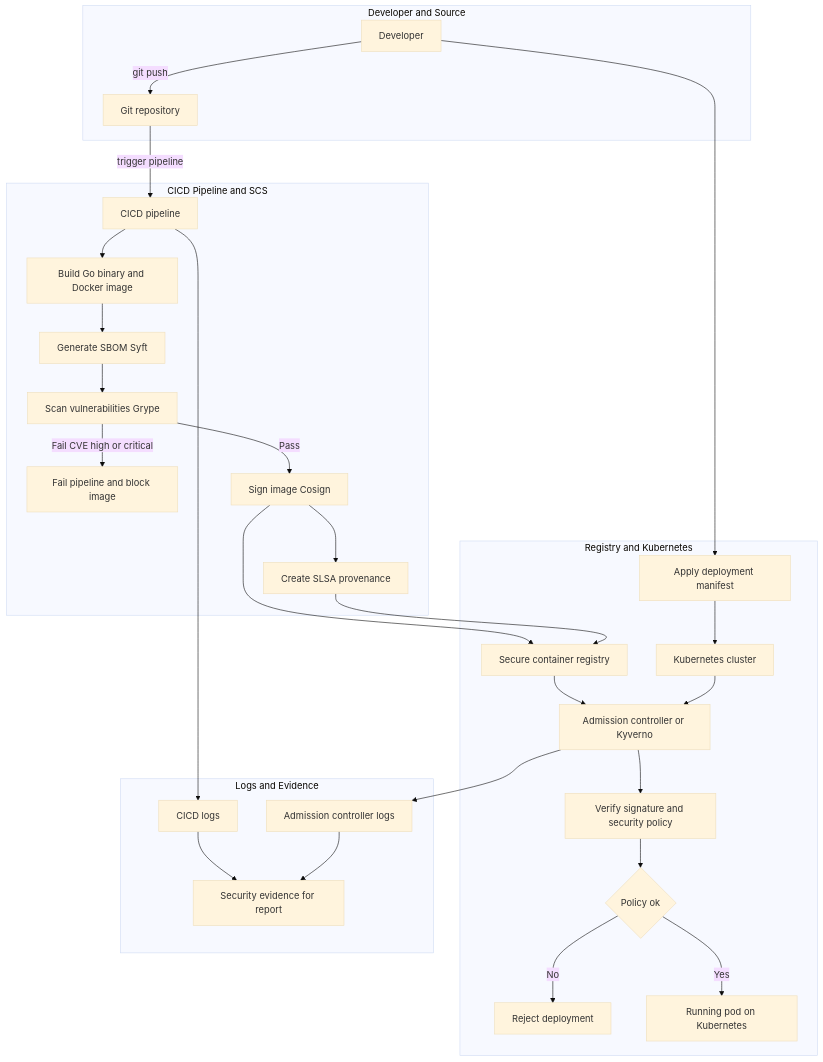
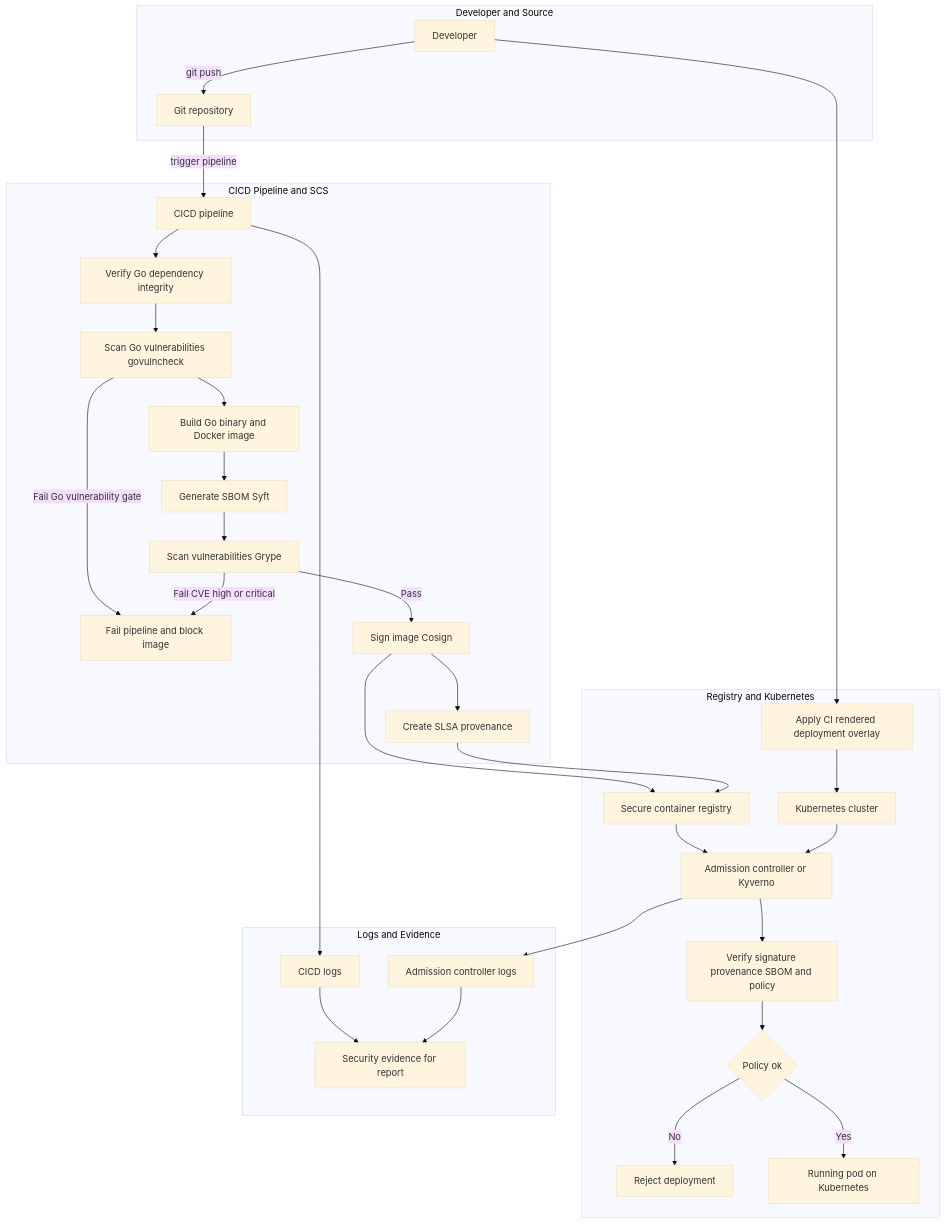
One commit to sinhnguyen1411/design-and-implementation-of-automated-supply-chain-security-for-go-microservices-on-kubernetes changed the diagram in README.md. Above: the diagram before and after it, drawn with Mermaid (base theme). The commit also changed other lines of this file and 6 other files, not shown here.

````diff
--- a/README.md
+++ b/README.md
@@ -12,52 +12,55 @@
 ```mermaid
 flowchart TD
   subgraph DevLayer["Developer and Source"]
     Dev["Developer"]
     Repo["Git repository"]
     Dev -->|"git push"| Repo
   end
 
   subgraph CILayer["CICD Pipeline and SCS"]
     CI["CICD pipeline"]
+    Integrity["Verify Go dependency integrity"]
+    Govuln["Scan Go vulnerabilities govulncheck"]
     Build["Build Go binary and Docker image"]
     SBOM["Generate SBOM Syft"]
     Scan["Scan vulnerabilities Grype"]
     FailBuild["Fail pipeline and block image"]
     Sign["Sign image Cosign"]
     Attest["Create SLSA provenance"]
   end
 
   Repo -->|"trigger pipeline"| CI
-  CI --> Build --> SBOM --> Scan
+  CI --> Integrity --> Govuln --> Build --> SBOM --> Scan
+  Govuln -->|"Fail Go vulnerability gate"| FailBuild
   Scan -->|"Fail CVE high or critical"| FailBuild
   Scan -->|"Pass"| Sign --> Attest
 
   subgraph DeployLayer["Registry and Kubernetes"]
     Registry["Secure container registry"]
-    Deploy["Apply deployment manifest"]
+    Deploy["Apply CI rendered deployment overlay"]
     K8s["Kubernetes cluster"]
     AC["Admission controller or Kyverno"]
-    Verify["Verify signature and security policy"]
+    Verify["Verify signature provenance SBOM and policy"]
     Decision{"Policy ok"}
     Reject["Reject deployment"]
     Pod["Running pod on Kubernetes"]
   end
 
   Sign --> Registry
   Attest --> Registry
   Dev --> Deploy --> K8s
   Registry --> AC
   K8s --> AC
   AC --> Verify --> Decision
   Decision -->|"No"| Reject
   Decision -->|"Yes"| Pod
 
   subgraph LogLayer["Logs and Evidence"]
     LogsCI["CICD logs"]
     LogsAC["Admission controller logs"]
     Evidence["Security evidence for report"]
   end
 
   CI --> LogsCI --> Evidence
   AC --> LogsAC --> Evidence
 ```
````
